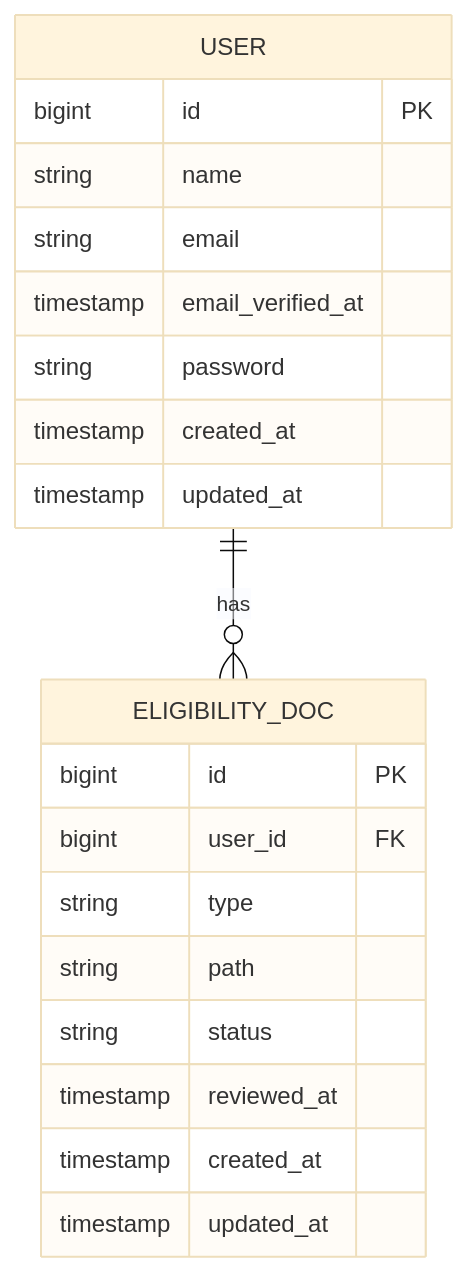
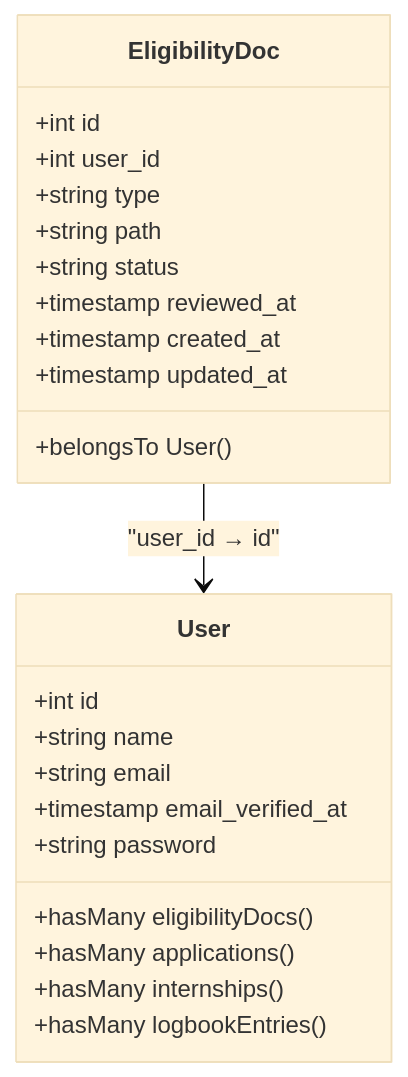
The third of 6 diagrams in .qoder/repowiki/en/content/Core Modules/Student Module/Eligibility System.md (puromed/internims), drawn with Mermaid (base theme) before and after one commit. The commit also changed other lines of this file and 51 other files, not shown here.

````diff
--- a/.qoder/repowiki/en/content/Core Modules/Student Module/Eligibility System.md
+++ b/.qoder/repowiki/en/content/Core Modules/Student Module/Eligibility System.md
@@ -125,23 +96,26 @@
 ```mermaid
-erDiagram
-USER ||--o{ ELIGIBILITY_DOC : has
-USER {
-bigint id PK
-string name
-string email
-timestamp email_verified_at
-string password
-timestamp created_at
-timestamp updated_at
+classDiagram
+class EligibilityDoc {
++int id
++int user_id
++string type
++string path
++string status
++timestamp reviewed_at
++timestamp created_at
++timestamp updated_at
++belongsTo User()
 }
-ELIGIBILITY_DOC {
-bigint id PK
-bigint user_id FK
-string type
-string path
-string status
-timestamp reviewed_at
-timestamp created_at
-timestamp updated_at
+class User {
++int id
++string name
++string email
++timestamp email_verified_at
++string password
++hasMany eligibilityDocs()
++hasMany applications()
++hasMany internships()
++hasMany logbookEntries()
 }
+EligibilityDoc --> User : "user_id → id"
 ```
````
